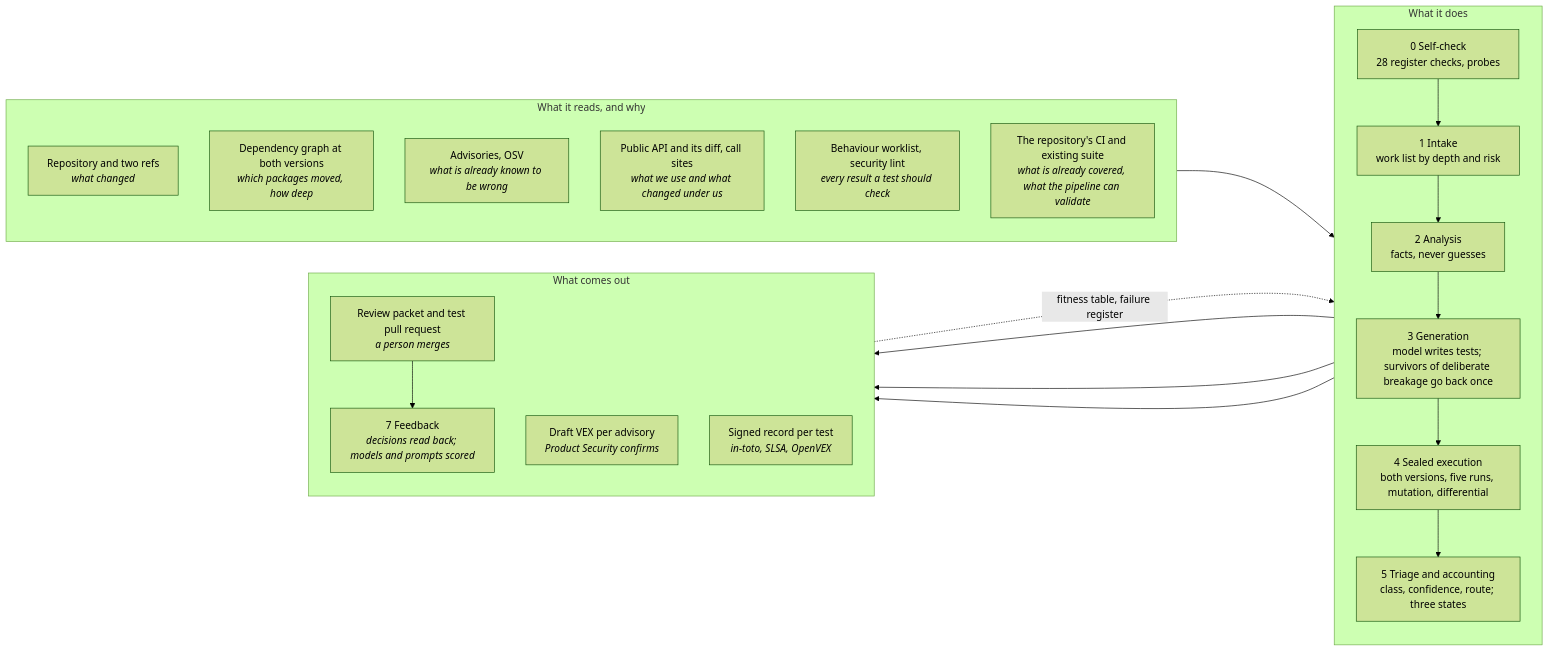
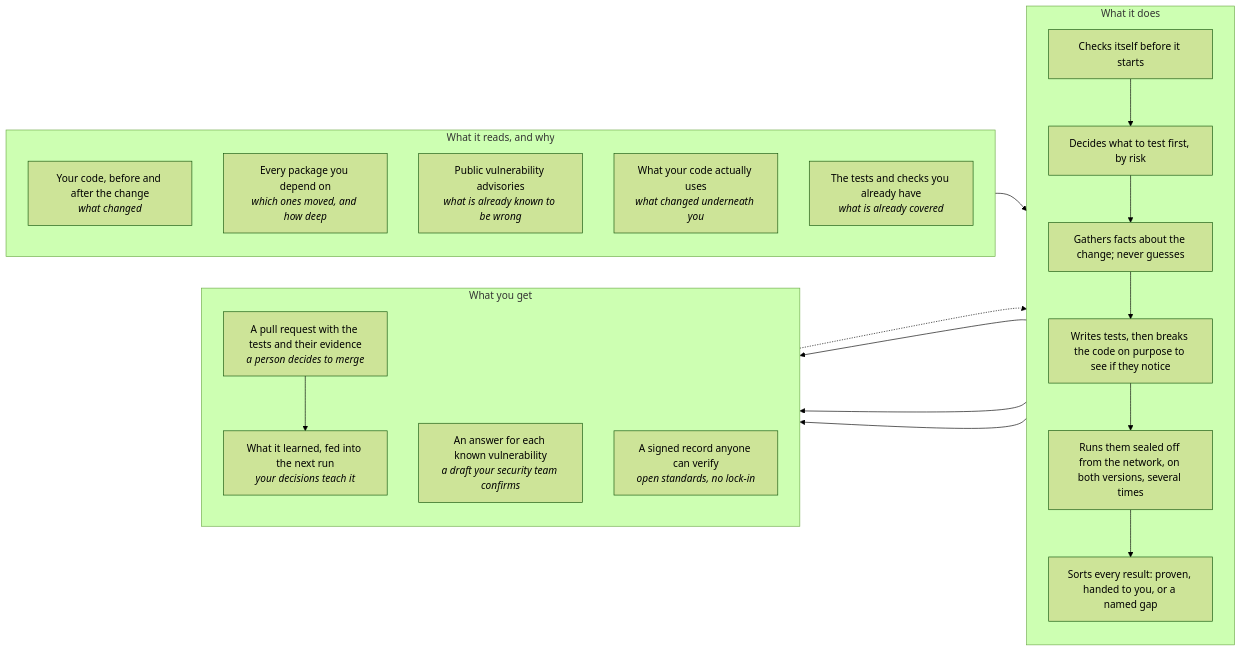
The diagram in slides/two-slides.md (croadfeldt/ai-test-harness), drawn with Mermaid (forest theme) before and after one commit. The commit also changed other lines of this file, not shown here.

Commit message:
The flow chart is written for a wide audience: every node in plain words, no stage numbers, standards and internals out of the boxes
Claude-Session: https://claude.ai/code/session_011dSdjyhwFBTQTD5AtqcZw3

````diff
--- a/slides/two-slides.md
+++ b/slides/two-slides.md
@@ -34,34 +34,33 @@
 ```mermaid
 flowchart LR
     subgraph IN[What it reads, and why]
         direction TB
-        R[Repository and two refs<br/><i>what changed</i>]
-        G[Dependency graph at both versions<br/><i>which packages moved, how deep</i>]
-        A[Advisories, OSV<br/><i>what is already known to be wrong</i>]
-        API[Public API and its diff, call sites<br/><i>what we use and what changed under us</i>]
-        W[Behaviour worklist, security lint<br/><i>every result a test should check</i>]
-        CI[The repository's CI and existing suite<br/><i>what is already covered, what the pipeline can validate</i>]
+        R[Your code, before and after the change<br/><i>what changed</i>]
+        G[Every package you depend on<br/><i>which ones moved, and how deep</i>]
+        A[Public vulnerability advisories<br/><i>what is already known to be wrong</i>]
+        API[What your code actually uses<br/><i>what changed underneath you</i>]
+        CI[The tests and checks you already have<br/><i>what is already covered</i>]
     end
     subgraph DO[What it does]
         direction TB
-        S0[0 Self-check<br/>28 register checks, probes]
-        S1[1 Intake<br/>work list by depth and risk]
-        S2[2 Analysis<br/>facts, never guesses]
-        S3[3 Generation<br/>model writes tests; survivors of deliberate breakage go back once]
-        S4[4 Sealed execution<br/>both versions, five runs, mutation, differential]
-        S5[5 Triage and accounting<br/>class, confidence, route; three states]
+        S0[Checks itself before it starts]
+        S1[Decides what to test first, by risk]
+        S2[Gathers facts about the change; never guesses]
+        S3[Writes tests, then breaks the code on purpose to see if they notice]
+        S4[Runs them sealed off from the network, on both versions, several times]
+        S5[Sorts every result: proven, handed to you, or a named gap]
         S0 --> S1 --> S2 --> S3 --> S4 --> S5
     end
-    subgraph OUT[What comes out]
+    subgraph OUT[What you get]
         direction TB
-        PK[Review packet and test pull request<br/><i>a person merges</i>]
-        VX[Draft VEX per advisory<br/><i>Product Security confirms</i>]
-        REC[Signed record per test<br/><i>in-toto, SLSA, OpenVEX</i>]
-        FB[7 Feedback<br/><i>decisions read back; models and prompts scored</i>]
+        PK[A pull request with the tests and their evidence<br/><i>a person decides to merge</i>]
+        VX[An answer for each known vulnerability<br/><i>a draft your security team confirms</i>]
+        REC[A signed record anyone can verify<br/><i>open standards, no lock-in</i>]
+        FB[What it learned, fed into the next run<br/><i>your decisions teach it</i>]
     end
     IN --> S1
     S5 --> PK --> FB
     S5 --> VX
     S5 --> REC
-    FB -.->|fitness table, failure register| S0
+    FB -.-> S0
 ```
````
